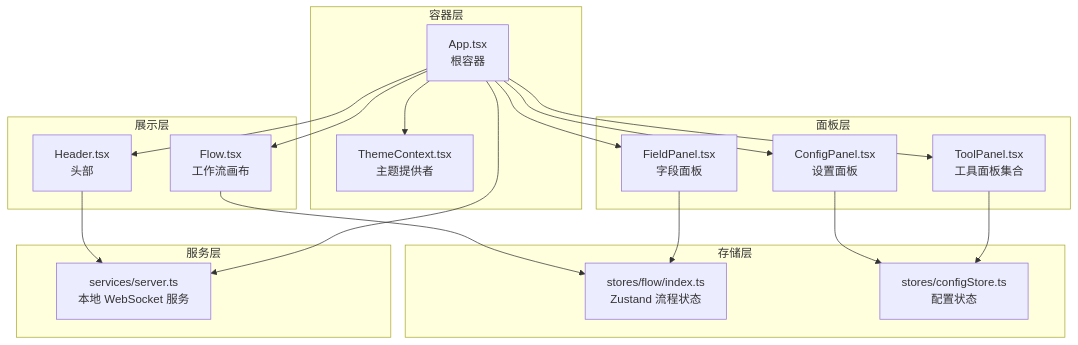
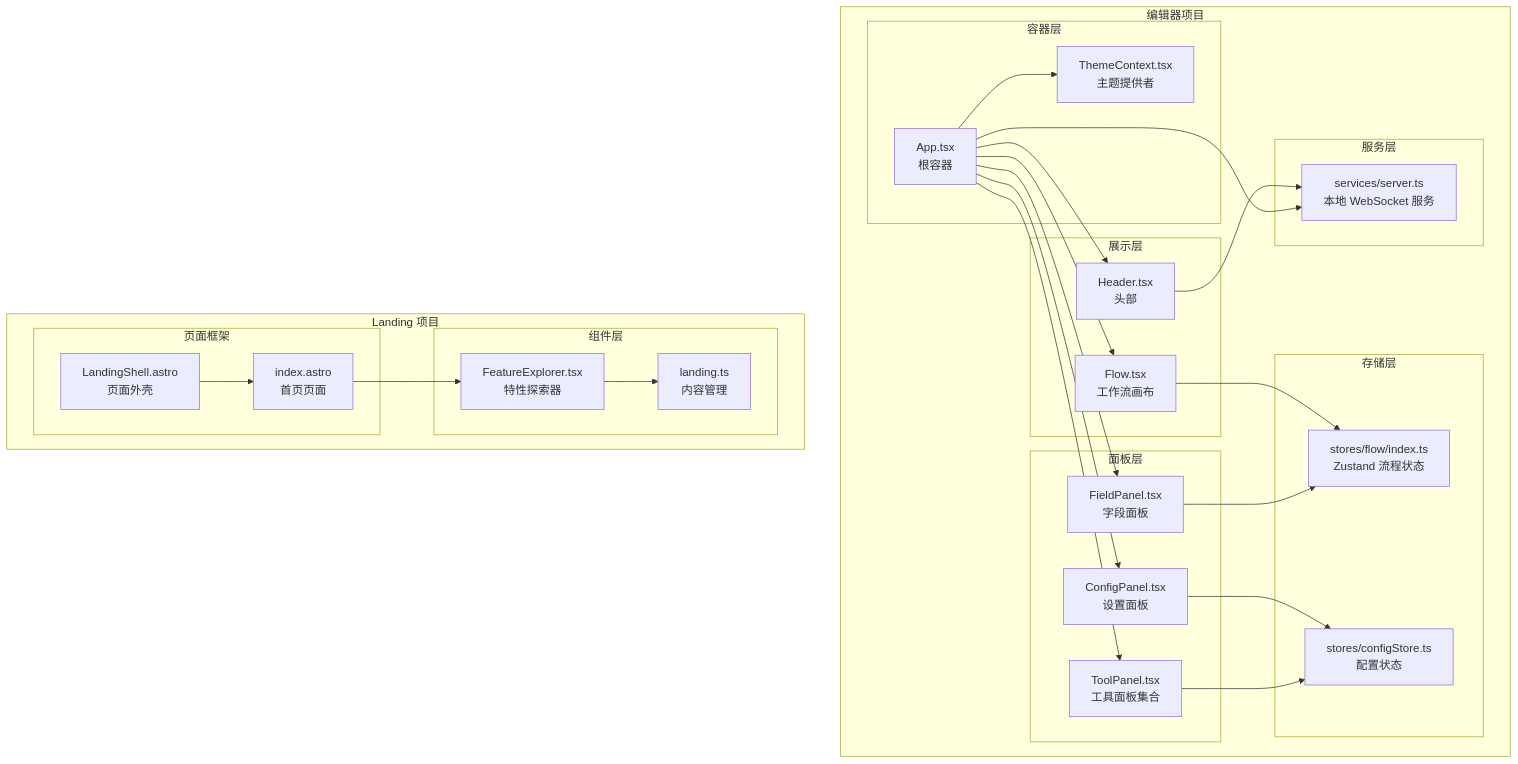
Before and after one commit to kqcoxn/MaaPipelineEditor: the first of 9 diagrams in .qoder/repowiki/zh/content/开发者指南/代码结构说明/前端架构设计/组件系统架构.md, drawn with Mermaid. The commit also changed other lines of this file and 8 other files, not shown here.

````diff
--- a/.qoder/repowiki/zh/content/开发者指南/代码结构说明/前端架构设计/组件系统架构.md
+++ b/.qoder/repowiki/zh/content/开发者指南/代码结构说明/前端架构设计/组件系统架构.md
@@ -46,35 +58,50 @@
 ```mermaid
 graph TB
+subgraph "编辑器项目"
 subgraph "容器层"
 App["App.tsx<br/>根容器"]
 Theme["ThemeContext.tsx<br/>主题提供者"]
 end
 subgraph "展示层"
 Header["Header.tsx<br/>头部"]
 Flow["Flow.tsx<br/>工作流画布"]
 end
 subgraph "面板层"
 FieldPanel["FieldPanel.tsx<br/>字段面板"]
 ConfigPanel["ConfigPanel.tsx<br/>设置面板"]
 ToolPanel["ToolPanel.tsx<br/>工具面板集合"]
 end
 subgraph "存储层"
 FlowStore["stores/flow/index.ts<br/>Zustand 流程状态"]
 ConfigStore["stores/configStore.ts<br/>配置状态"]
 end
 subgraph "服务层"
 WS["services/server.ts<br/>本地 WebSocket 服务"]
 end
 App --> Theme
 App --> Header
 App --> Flow
 App --> FieldPanel
 App --> ConfigPanel
 App --> ToolPanel
 Header --> WS
 Flow --> FlowStore
 FieldPanel --> FlowStore
 ConfigPanel --> ConfigStore
 ToolPanel --> ConfigStore
 App --> WS
+end
+subgraph "Landing 项目"
+subgraph "页面框架"
+LandingShell["LandingShell.astro<br/>页面外壳"]
+IndexPage["index.astro<br/>首页页面"]
+end
+subgraph "组件层"
+FeatureExplorer["FeatureExplorer.tsx<br/>特性探索器"]
+Content["landing.ts<br/>内容管理"]
+end
+FeatureExplorer --> Content
+IndexPage --> FeatureExplorer
+LandingShell --> IndexPage
+end
 ```
````
